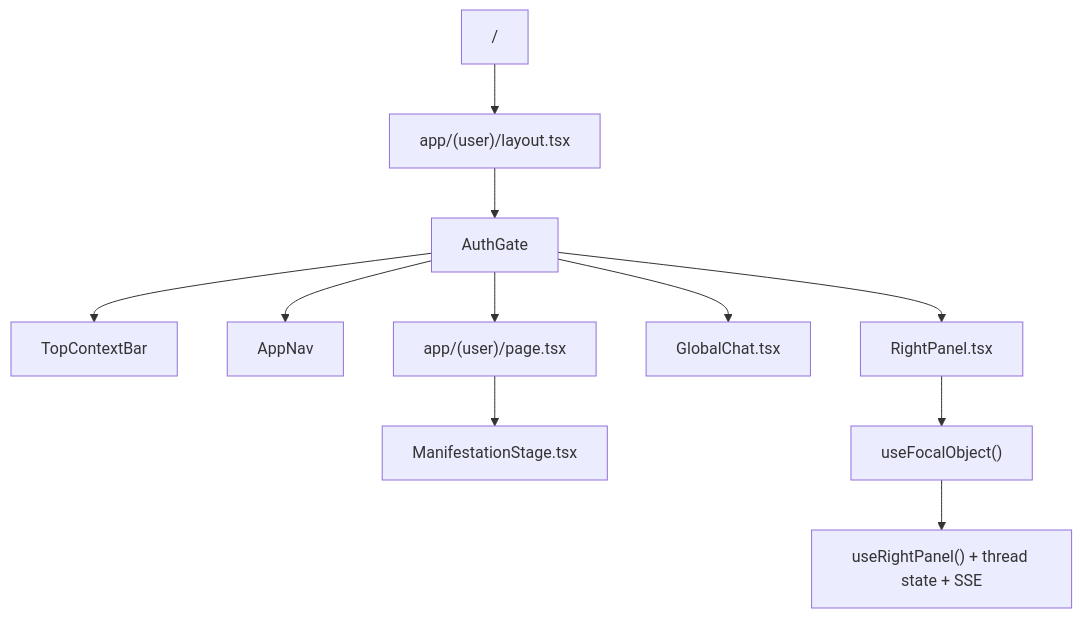
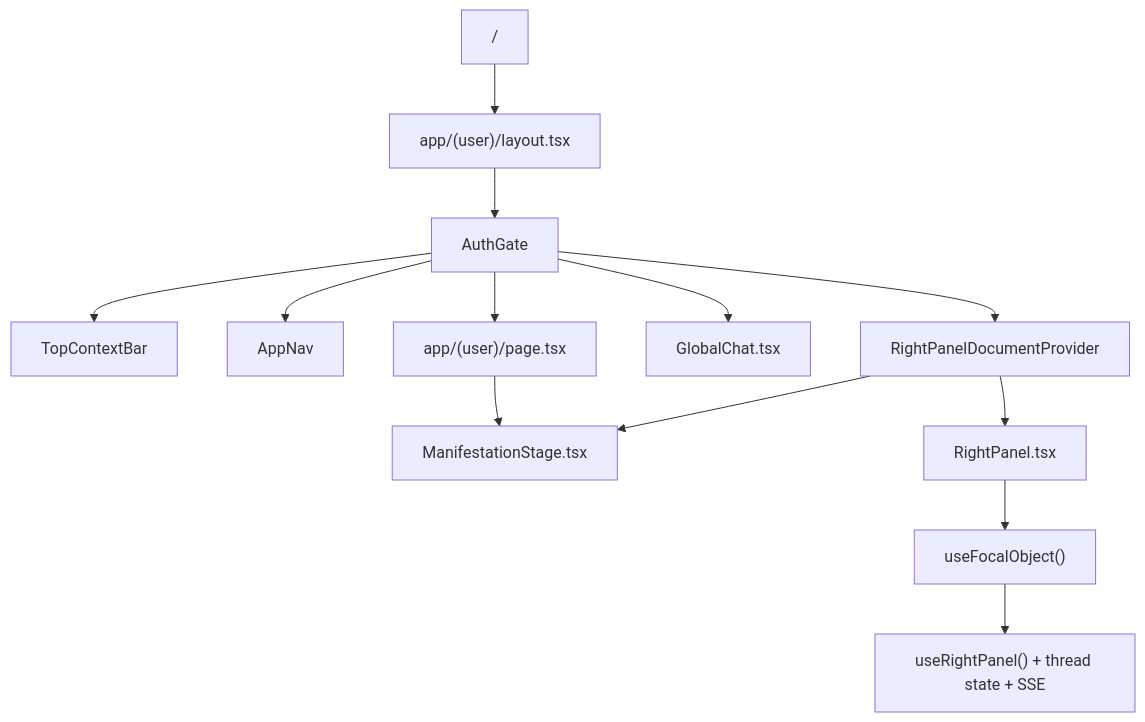
The diagram in README.md (adrien-debug/hearst-agents), drawn with Mermaid before and after one commit. The commit also changed other lines of this file and 11 other files, not shown here.

First line of the commit message:
feat: enhance RightPanel and ManifestationStage components for improved document handling

````diff
--- a/README.md
+++ b/README.md
@@ -59,13 +65,15 @@
 ```mermaid
 flowchart TD
   A["/"] --> B["app/(user)/layout.tsx"]
   B --> C["AuthGate"]
   C --> D["TopContextBar"]
   C --> E["AppNav"]
   C --> F["app/(user)/page.tsx"]
   F --> G["ManifestationStage.tsx"]
   C --> H["GlobalChat.tsx"]
-  C --> I["RightPanel.tsx"]
+  C --> R["RightPanelDocumentProvider"]
+  R --> I["RightPanel.tsx"]
+  R --> G
   I --> J["useFocalObject()"]
   J --> K["useRightPanel() + thread state + SSE"]
 ```
````
